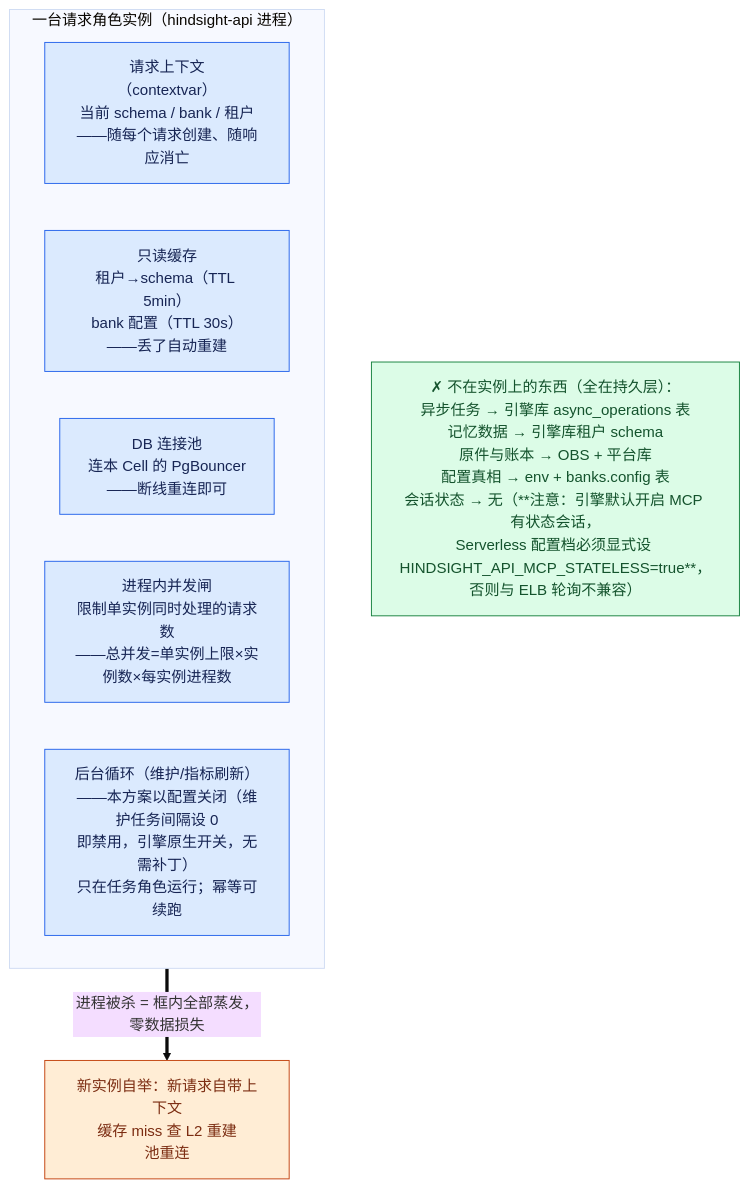
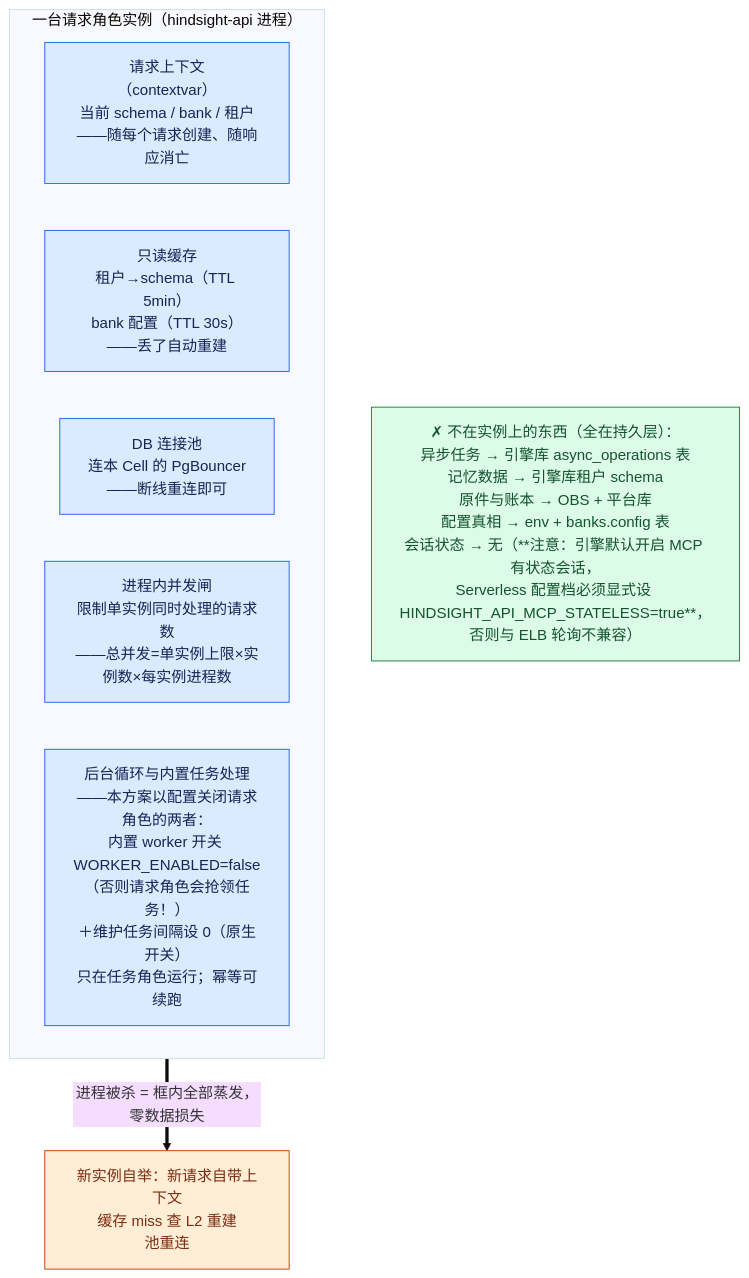
One commit to stefanv5/memory-platform-architecture changed the third of 6 diagrams in docs/hindsight/huawei-cloud-serverless.md. Above: the diagram before and after it, drawn with Mermaid (base theme). The commit also changed other lines of this file, not shown here.

```diff
--- a/docs/hindsight/huawei-cloud-serverless.md
+++ b/docs/hindsight/huawei-cloud-serverless.md
@@ -302,16 +316,16 @@
 ~~~mermaid
 flowchart TB
   subgraph INST["一台请求角色实例（hindsight-api 进程）"]
     direction LR
     CV["请求上下文<br/>（contextvar）<br/>当前 schema / bank / 租户<br/>——随每个请求创建、随响应消亡"]:::hs
     CA["只读缓存<br/>租户→schema（TTL 5min）<br/>bank 配置（TTL 30s）<br/>——丢了自动重建"]:::hs
     PO["DB 连接池<br/>连本 Cell 的 PgBouncer<br/>——断线重连即可"]:::hs
     SE["进程内并发闸<br/>限制单实例同时处理的请求数<br/>——总并发=单实例上限×实例数×每实例进程数"]:::hs
-    BG["后台循环（维护/指标刷新）<br/>——本方案以配置关闭（维护任务间隔设 0<br/>即禁用，引擎原生开关，无需补丁）<br/>只在任务角色运行；幂等可续跑"]:::hs
+    BG["后台循环与内置任务处理<br/>——本方案以配置关闭请求角色的两者：<br/>内置 worker 开关 WORKER_ENABLED=false<br/>（否则请求角色会抢领任务！）<br/>＋维护任务间隔设 0（原生开关）<br/>只在任务角色运行；幂等可续跑"]:::hs
   end
   OUT["✗ 不在实例上的东西（全在持久层）：<br/>异步任务 → 引擎库 async_operations 表<br/>记忆数据 → 引擎库租户 schema<br/>原件与账本 → OBS + 平台库<br/>配置真相 → env + banks.config 表<br/>会话状态 → 无（**注意：引擎默认开启 MCP 有状态会话，<br/>Serverless 配置档必须显式设 HINDSIGHT_API_MCP_STATELESS=true**，<br/>否则与 ELB 轮询不兼容）"]:::oss
   INST ==>|"进程被杀 = 框内全部蒸发，零数据损失"| REB["新实例自举：新请求自带上下文<br/>缓存 miss 查 L2 重建<br/>池重连"]:::platform
   classDef hs fill:#DBEAFE,stroke:#2563EB,color:#172554;
   classDef oss fill:#DCFCE7,stroke:#15803D,color:#14532D;
   classDef platform fill:#FFEDD5,stroke:#C2410C,color:#7C2D12;
 ~~~
```
